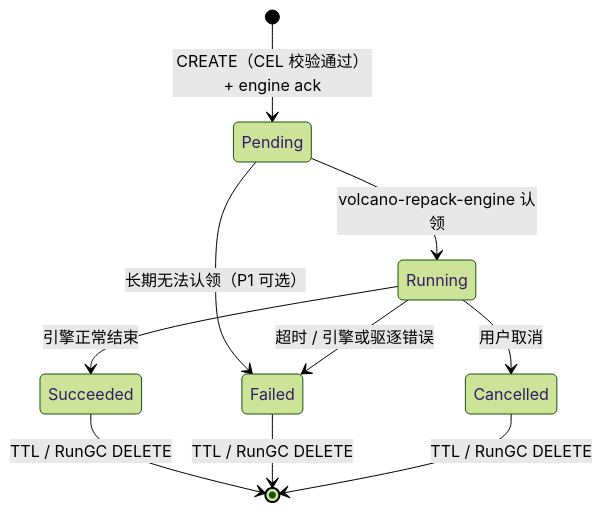
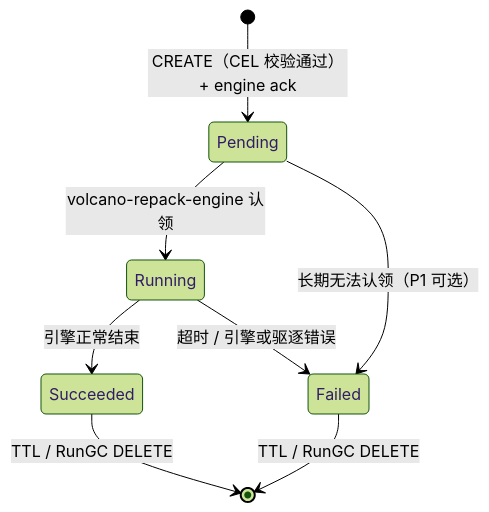
One commit to wangyang0616/volcano changed the third of 21 diagrams in docs/design/repack-policy-design.md. Above: the diagram before and after it, drawn with Mermaid (forest theme). The commit also changed other lines of this file and 52 other files, not shown here.

````diff
--- a/docs/design/repack-policy-design.md
+++ b/docs/design/repack-policy-design.md
@@ -634,12 +633,10 @@
 ```mermaid
 stateDiagram-v2
     [*] --> Pending: CREATE（CEL 校验通过）+ engine ack
     Pending --> Running: volcano-repack-engine 认领
     Pending --> Failed: 长期无法认领（P1 可选）
     Running --> Succeeded: 引擎正常结束
     Running --> Failed: 超时 / 引擎或驱逐错误
-    Running --> Cancelled: 用户取消
     Succeeded --> [*]: TTL / RunGC DELETE
     Failed --> [*]: TTL / RunGC DELETE
-    Cancelled --> [*]: TTL / RunGC DELETE
 ```
````
